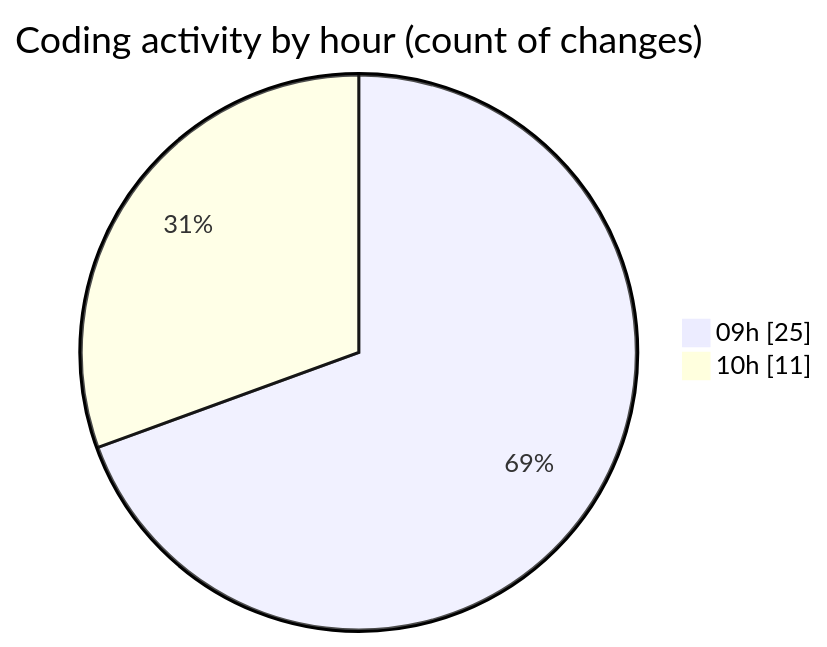
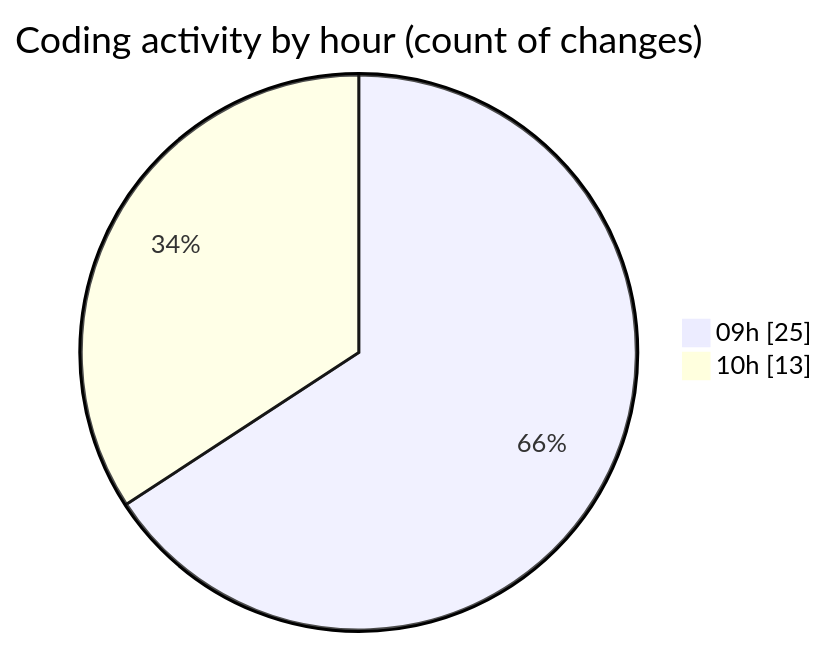
One commit to momahboobian/code-tracking changed the second of 2 diagrams in 2025-05-07/cda/README.md. Above: the diagram before and after it, drawn with Mermaid. The commit also changed other lines of this file and 1 other file, not shown here.

````diff
--- a/2025-05-07/cda/README.md
+++ b/2025-05-07/cda/README.md
@@ -51,6 +51,6 @@
 ```mermaid
 pie showData
 title Coding activity by hour (count of changes)
 "09h" : 25
-"10h" : 11
+"10h" : 13
 ```
````
